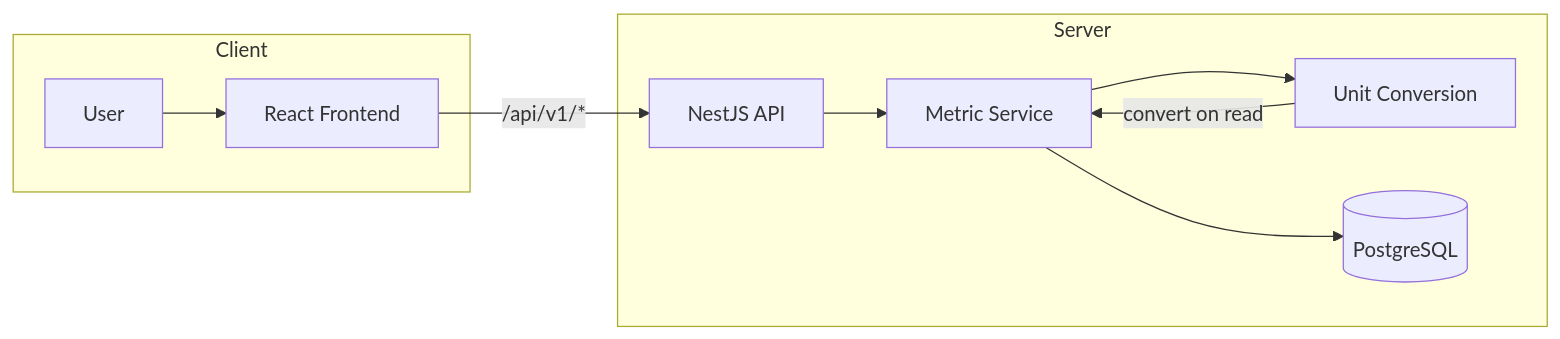
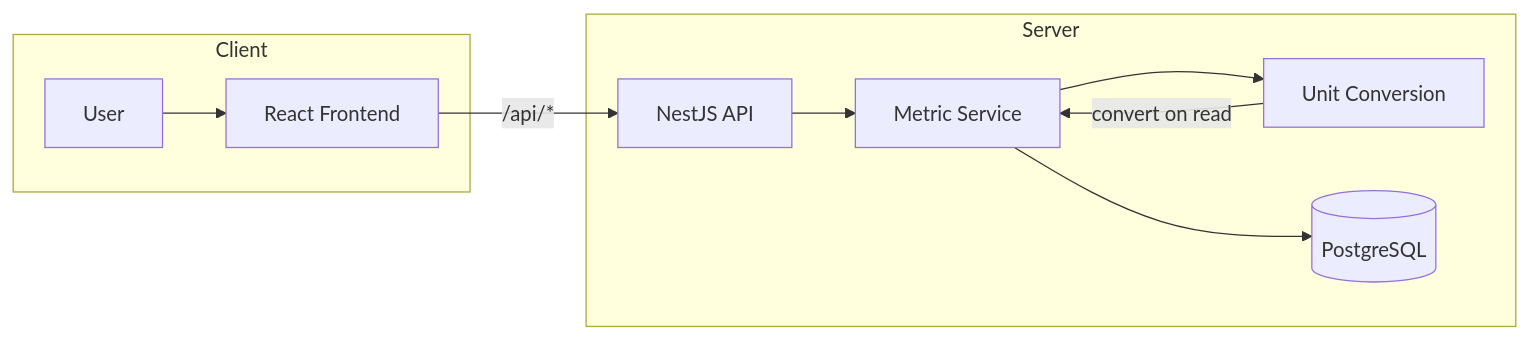
One commit to bytelucas/Hieu-Nguyen changed the first of 2 diagrams in README.md. Above: the diagram before and after it, drawn with Mermaid. The commit also changed other lines of this file, not shown here.

Commit message:
docs: update API documentation link and adjust API route in README

````diff
--- a/README.md
+++ b/README.md
@@ -35,21 +35,21 @@
 ```mermaid
 flowchart LR
     subgraph Client [Client]
         User[User]
         FE[React Frontend]
     end
 
     subgraph Server [Server]
         API[NestJS API]
         Svc[Metric Service]
         UC[Unit Conversion]
         DB[(PostgreSQL)]
     end
 
     User --> FE
-    FE -->|"/api/v1/*"| API
+    FE -->|"/api/*"| API
     API --> Svc
     Svc --> UC
     Svc --> DB
     UC -->|"convert on read"| Svc
 ```
````
